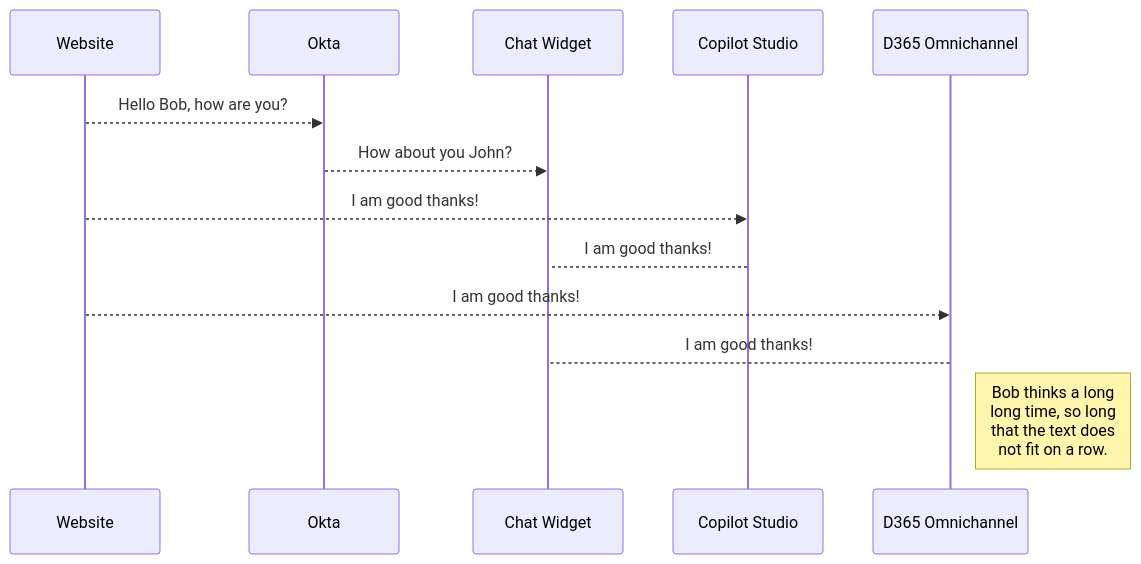
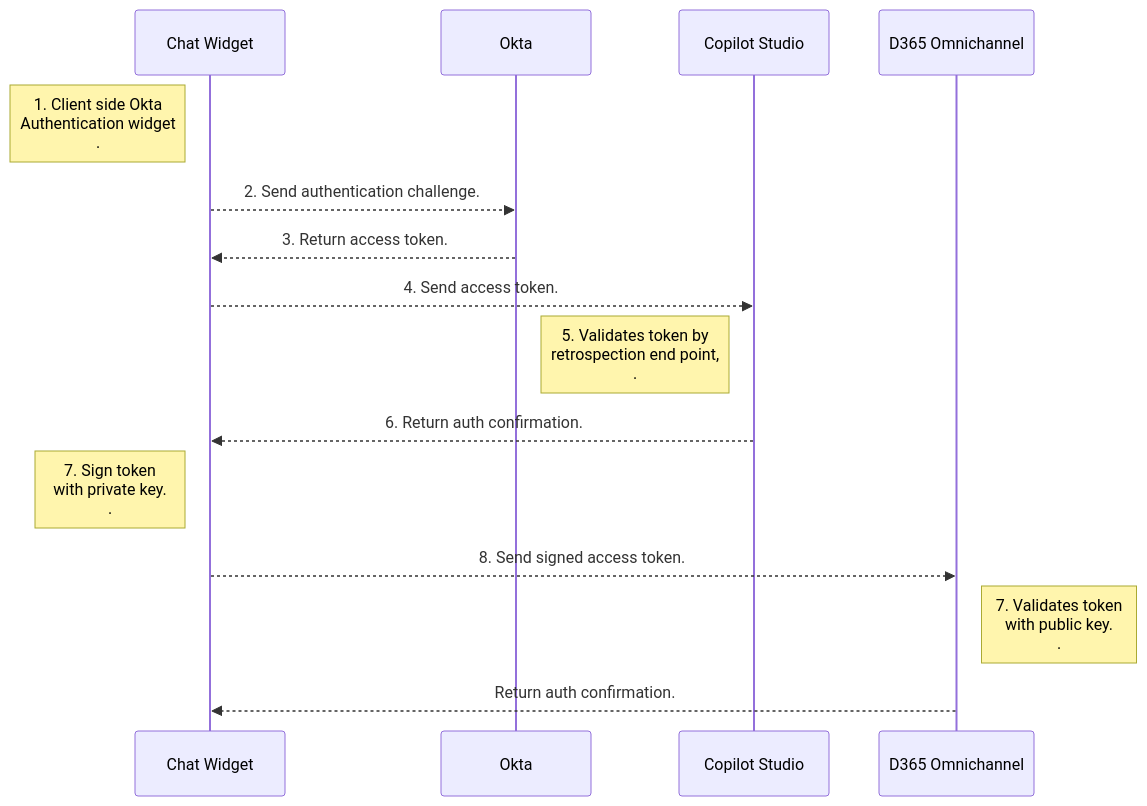
One commit to kaul-vineet/C2ToOmnichannelCopilotSSO changed the diagram in README.md. Above: the diagram before and after it, drawn with Mermaid. The commit also changed other lines of this file, not shown here.

````diff
--- a/README.md
+++ b/README.md
@@ -10,11 +8,14 @@
 ```mermaid
 sequenceDiagram
-Website-->> Okta: Hello Bob, how are you?
-Okta-->>Chat Widget: How about you John?
-Website-->> Copilot Studio: I am good thanks!
-Copilot Studio--> Chat Widget: I am good thanks!
-Website-->> D365 Omnichannel: I am good thanks!
-D365 Omnichannel--> Chat Widget : I am good thanks!
+Note left of Chat Widget: 1. Client side Okta <br/>Authentication widget <br/>.
+Chat Widget -->> Okta: 2. Send authentication challenge.
+Okta-->> Chat Widget: 3. Return access token.
+Chat Widget -->> Copilot Studio: 4. Send access token.
+Note left of Copilot Studio: 5. Validates token by<br/> retrospection end point, <br/>.
+Copilot Studio -->> Chat Widget: 6. Return auth confirmation.
+Note left of Chat Widget: 7. Sign token <br/>with private key. <br/>.
+Chat Widget -->> D365 Omnichannel: 8. Send signed access token.
+Note right of D365 Omnichannel: 7. Validates token <br/>with public key. <br/>.
+D365 Omnichannel -->> Chat Widget : Return auth confirmation.
 
-Note right of D365 Omnichannel: Bob thinks a long<br/>long time, so long<br/>that the text does<br/>not fit on a row.
 ```
````
